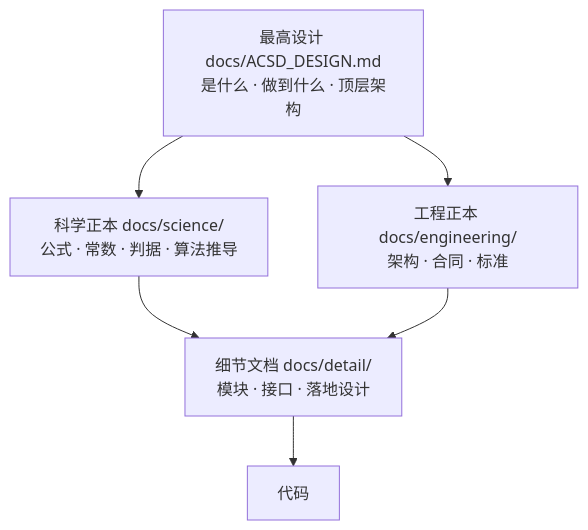
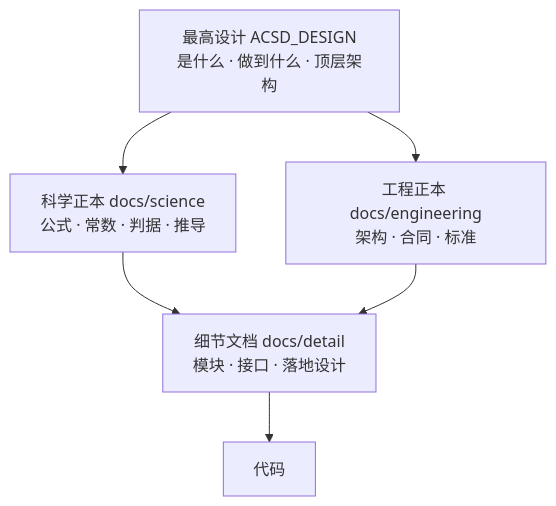
One commit to fujiaze/Astro-CS-Database changed the diagram in AGENTS.md. Above: the diagram before and after it, drawn with Mermaid. The commit also changed other lines of this file and 1 other file, not shown here.

````diff
--- a/AGENTS.md
+++ b/AGENTS.md
@@ -19,13 +33,13 @@
 ```mermaid
 flowchart TD
-    D["最高设计 docs/ACSD_DESIGN.md<br/>是什么 · 做到什么 · 顶层架构"]
-    S["科学正本 docs/science/<br/>公式 · 常数 · 判据 · 算法推导"]
-    E["工程正本 docs/engineering/<br/>架构 · 合同 · 标准"]
-    X["细节文档 docs/detail/<br/>模块 · 接口 · 落地设计"]
+    D["最高设计 ACSD_DESIGN<br/>是什么 · 做到什么 · 顶层架构"]
+    S["科学正本 docs/science<br/>公式 · 常数 · 判据 · 推导"]
+    E["工程正本 docs/engineering<br/>架构 · 合同 · 标准"]
+    X["细节文档 docs/detail<br/>模块 · 接口 · 落地设计"]
     C["代码"]
     D --> S
     D --> E
     S --> X
     E --> X
     X --> C
 ```
````
